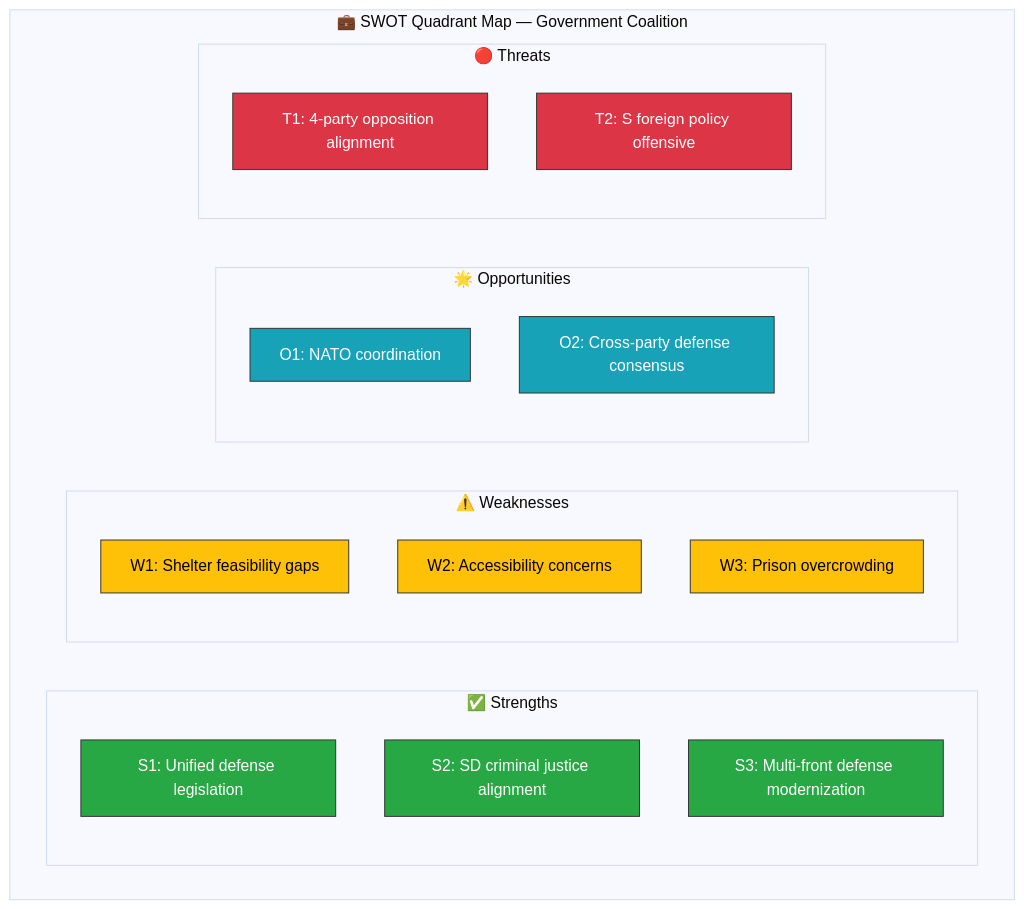
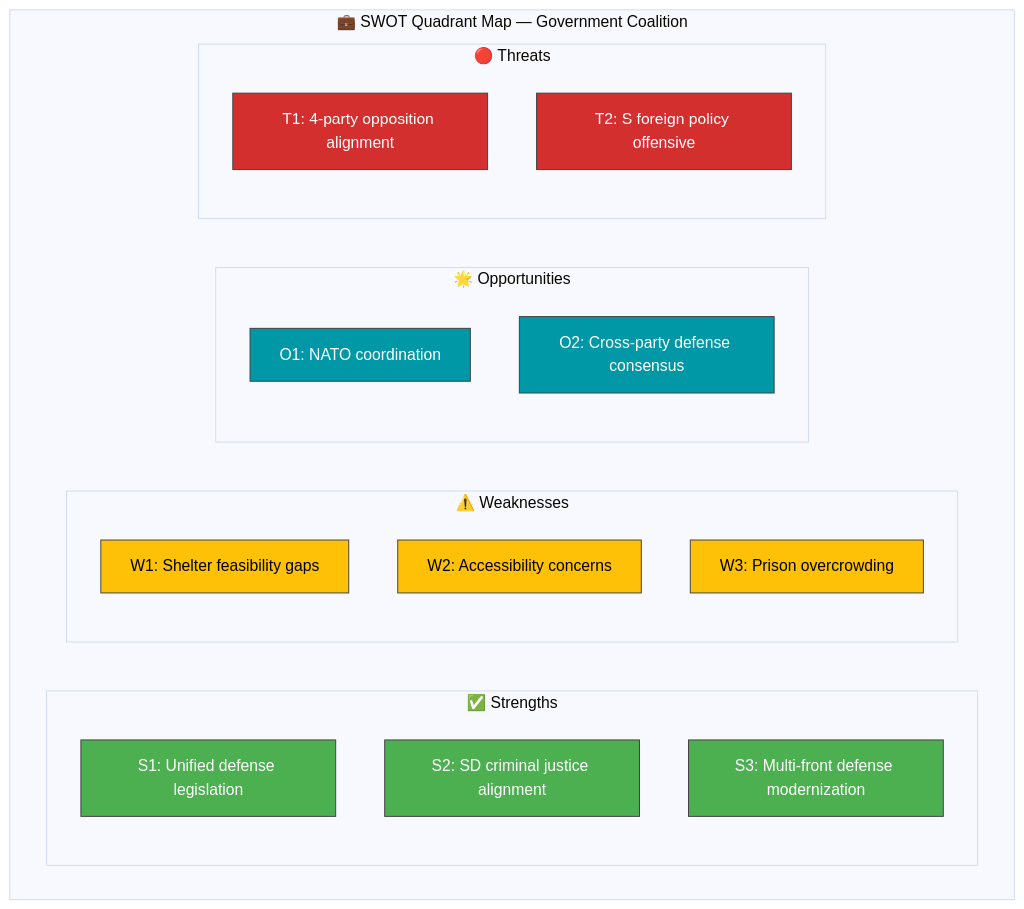
Before and after one commit to Hack23/riksdagsmonitor: the diagram in analysis/daily/2026-04-06/realtime-1420/swot-analysis.md, drawn with Mermaid (base theme). The commit also changed 785 other files, not shown here.

First line of the commit message:
Normalize mermaid colors across 786 analysis artifacts to ISMS Style Guide palette

````diff
--- a/analysis/daily/2026-04-06/realtime-1420/swot-analysis.md
+++ b/analysis/daily/2026-04-06/realtime-1420/swot-analysis.md
@@ -72,34 +72,34 @@
 ```mermaid
 graph TD
     subgraph "💼 SWOT Quadrant Map — Government Coalition"
         subgraph "✅ Strengths"
             S1["S1: Unified defense legislation"]
             S2["S2: SD criminal justice alignment"]
             S3["S3: Multi-front defense modernization"]
         end
         subgraph "⚠️ Weaknesses"
             W1["W1: Shelter feasibility gaps"]
             W2["W2: Accessibility concerns"]
             W3["W3: Prison overcrowding"]
         end
         subgraph "🌟 Opportunities"
             O1["O1: NATO coordination"]
             O2["O2: Cross-party defense consensus"]
         end
         subgraph "🔴 Threats"
             T1["T1: 4-party opposition alignment"]
             T2["T2: S foreign policy offensive"]
         end
     end
 
-    style S1 fill:#28a745,stroke:#333,color:#fff
-    style S2 fill:#28a745,stroke:#333,color:#fff
-    style S3 fill:#28a745,stroke:#333,color:#fff
-    style W1 fill:#ffc107,stroke:#333,color:#000
-    style W2 fill:#ffc107,stroke:#333,color:#000
-    style W3 fill:#ffc107,stroke:#333,color:#000
-    style O1 fill:#17a2b8,stroke:#333,color:#fff
-    style O2 fill:#17a2b8,stroke:#333,color:#fff
-    style T1 fill:#dc3545,stroke:#333,color:#fff
-    style T2 fill:#dc3545,stroke:#333,color:#fff
+    style S1 fill:#4CAF50,stroke:#424242,color:#FFFFFF
+    style S2 fill:#4CAF50,stroke:#424242,color:#FFFFFF
+    style S3 fill:#4CAF50,stroke:#424242,color:#FFFFFF
+    style W1 fill:#FFC107,stroke:#424242,color:#000000
+    style W2 fill:#FFC107,stroke:#424242,color:#000000
+    style W3 fill:#FFC107,stroke:#424242,color:#000000
+    style O1 fill:#0097A7,stroke:#424242,color:#FFFFFF
+    style O2 fill:#0097A7,stroke:#424242,color:#FFFFFF
+    style T1 fill:#D32F2F,stroke:#424242,color:#FFFFFF
+    style T2 fill:#D32F2F,stroke:#424242,color:#FFFFFF
 ```
````
